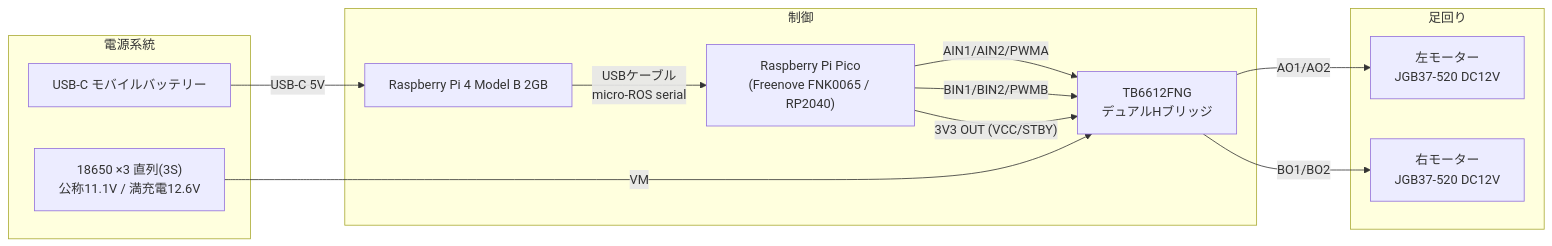
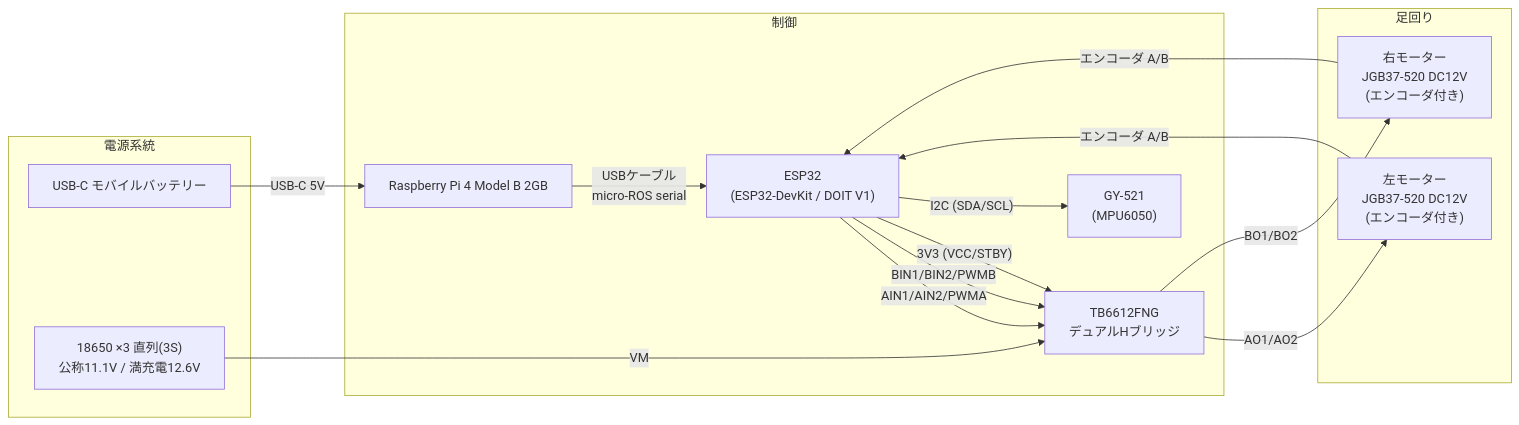
Before and after one commit to daigo424/diegobot: the diagram in doc/wiring.md, drawn with Mermaid. The commit also changed other lines of this file and 17 other files, not shown here.

Commit message:
feat: change to use ESP32 from PICO

````diff
--- a/doc/wiring.md
+++ b/doc/wiring.md
@@ -7,27 +7,31 @@
 ```mermaid
 graph LR
     subgraph power[電源系統]
         BANK[USB-C モバイルバッテリー]
         BATT["18650 ×3 直列(3S)<br/>公称11.1V / 満充電12.6V"]
     end
 
     subgraph compute[制御]
         PI["Raspberry Pi 4 Model B 2GB"]
-        PICO["Raspberry Pi Pico<br/>(Freenove FNK0065 / RP2040)"]
+        ESP["ESP32<br/>(ESP32-DevKit / DOIT V1)"]
         TB["TB6612FNG<br/>デュアルHブリッジ"]
+        IMU["GY-521<br/>(MPU6050)"]
     end
 
     subgraph actuators[足回り]
-        ML["左モーター<br/>JGB37-520 DC12V"]
-        MR["右モーター<br/>JGB37-520 DC12V"]
+        ML["左モーター<br/>JGB37-520 DC12V<br/>(エンコーダ付き)"]
+        MR["右モーター<br/>JGB37-520 DC12V<br/>(エンコーダ付き)"]
     end
 
     BANK -- USB-C 5V --> PI
-    PI -- USBケーブル<br/>micro-ROS serial --> PICO
-    PICO -- AIN1/AIN2/PWMA --> TB
-    PICO -- BIN1/BIN2/PWMB --> TB
-    PICO -- "3V3 OUT (VCC/STBY)" --> TB
+    PI -- USBケーブル<br/>micro-ROS serial --> ESP
+    ESP -- AIN1/AIN2/PWMA --> TB
+    ESP -- BIN1/BIN2/PWMB --> TB
+    ESP -- "3V3 (VCC/STBY)" --> TB
+    ESP -- "I2C (SDA/SCL)" --> IMU
+    ML -- "エンコーダ A/B" --> ESP
+    MR -- "エンコーダ A/B" --> ESP
     BATT -- VM --> TB
     TB -- AO1/AO2 --> ML
     TB -- BO1/BO2 --> MR
 ```
````
